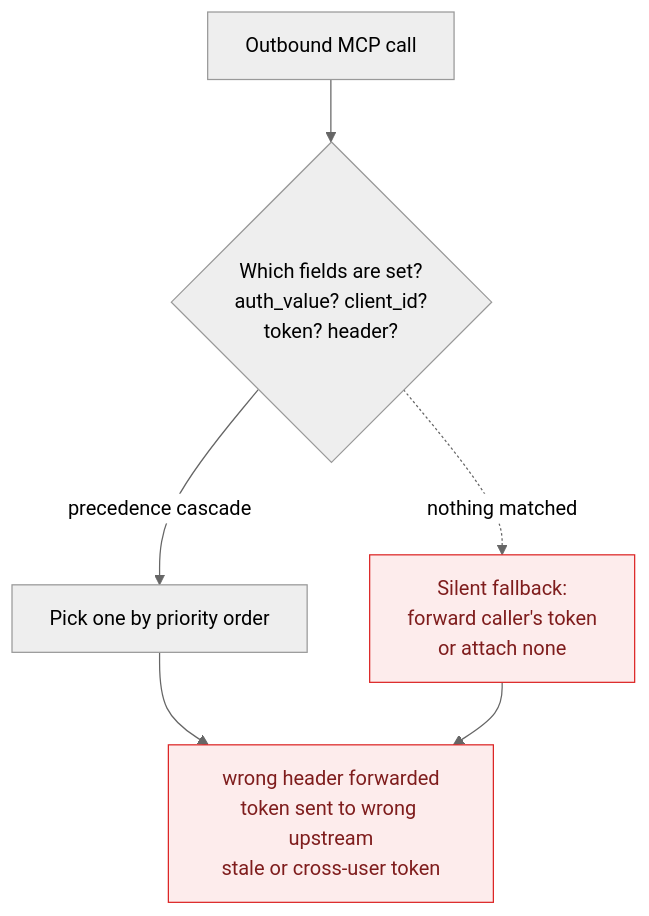
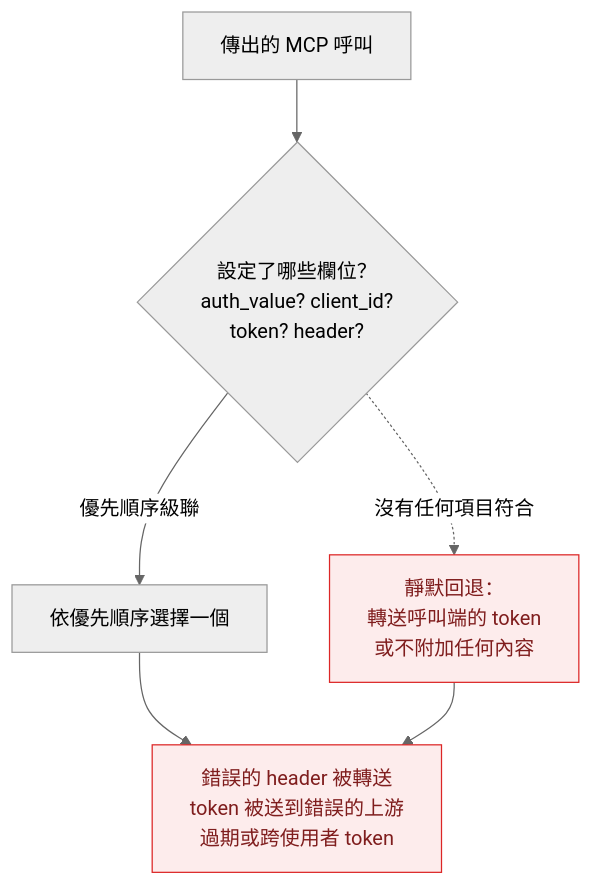
Before and after one commit to doggy8088/litellm-docs: the first of 3 diagrams in blog/two_week_stability_update/index.md, drawn with Mermaid (neutral theme). The commit also changed other lines of this file and 1957 other files, not shown here.

````diff
--- a/blog/two_week_stability_update/index.md
+++ b/blog/two_week_stability_update/index.md
@@ -32,10 +32,10 @@
 ```mermaid
 flowchart TD
-  Req["Outbound MCP call"] --> Chk{"Which fields are set?<br/>auth_value? client_id?<br/>token? header?"}
-  Chk -->|precedence cascade| Pick["Pick one by priority order"]
-  Chk -.->|nothing matched| Fall["Silent fallback:<br/>forward caller's token<br/>or attach none"]
-  Pick --> Bugs["wrong header forwarded<br/>token sent to wrong upstream<br/>stale or cross-user token"]
+  Req["傳出的 MCP 呼叫"] --> Chk{"設定了哪些欄位？<br/>auth_value? client_id?<br/>token? header?"}
+  Chk -->|優先順序級聯| Pick["依優先順序選擇一個"]
+  Chk -.->|沒有任何項目符合| Fall["靜默回退：<br/>轉送呼叫端的 token<br/>或不附加任何內容"]
+  Pick --> Bugs["錯誤的 header 被轉送<br/>token 被送到錯誤的上游<br/>過期或跨使用者 token"]
   Fall --> Bugs
   classDef bad fill:#fdecec,stroke:#dc2626,color:#7f1d1d;
   class Fall,Bugs bad;
 ```
````
